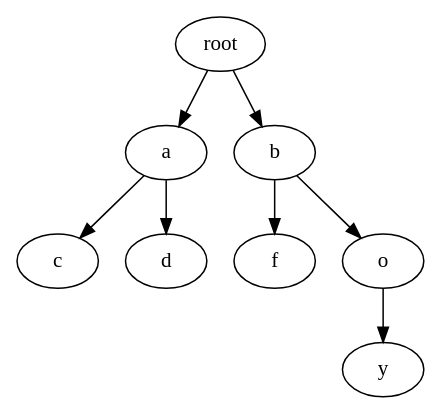
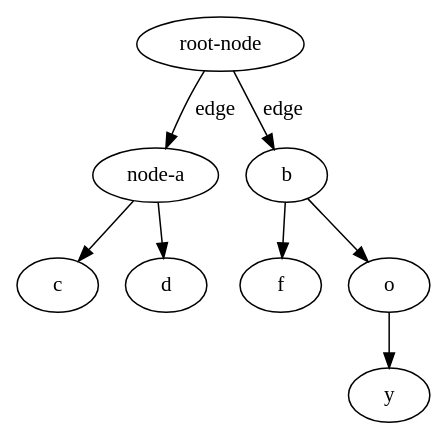
The diagram in algorithm-java/docs/dots/tree/trie_tree.dot (qdriven/basic-algo), drawn with Graphviz before and after one commit. The commit also changed 277 other files, not shown here.

```diff
--- a/algorithm-java/docs/dots/tree/trie_tree.dot
+++ b/algorithm-java/docs/dots/tree/trie_tree.dot
@@ -1,17 +1,17 @@
 digraph TrieTree {
-  root;
-  a;
+  root [label="root-node"];
+  a [label= "node-a" ];
   b;
   c;
   d;
   f;
   o;
   y;  
-  root->a;
-  root->b;
+  root->a [label="edge"];
+  root->b [label="edge"];
   a -> c;
   a -> d;
   b -> o;
   b->f;
   o->y;
 }
```
